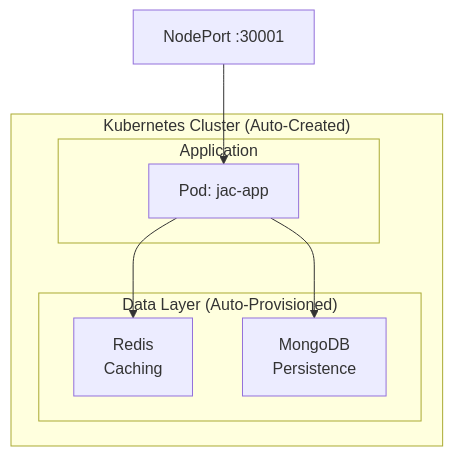
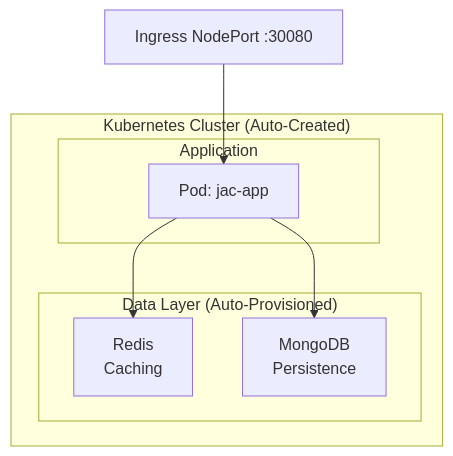
One commit to jaseci-labs/jac changed the diagram in docs/docs/tutorials/production/kubernetes.md. Above: the diagram before and after it, drawn with Mermaid. The commit also changed other lines of this file and 5 other files, not shown here.

````diff
--- a/docs/docs/tutorials/production/kubernetes.md
+++ b/docs/docs/tutorials/production/kubernetes.md
@@ -31,15 +31,15 @@
 ```mermaid
 graph TD
     subgraph cluster["Kubernetes Cluster (Auto-Created)"]
         subgraph app["Application"]
             P1["Pod: jac-app"]
         end
         subgraph data["Data Layer (Auto-Provisioned)"]
             R["Redis<br/>Caching"]
             M["MongoDB<br/>Persistence"]
         end
         P1 --> R
         P1 --> M
     end
-    LB["NodePort :30001"] --> P1
+    LB["Ingress NodePort :30080"] --> P1
 ```
````
